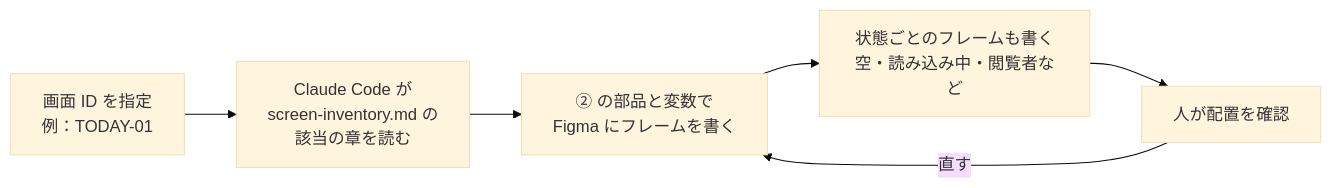
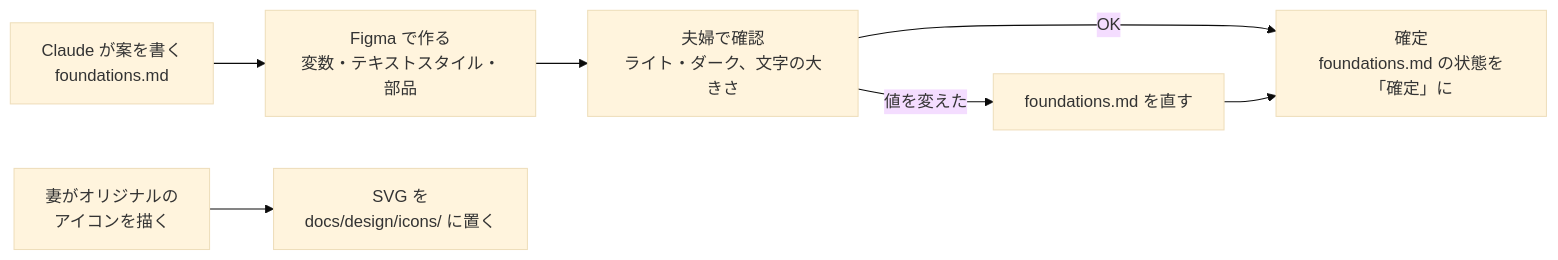
The fourth of 7 diagrams in docs/design/design-to-implementation.md (ch00z00/uchinokusa), drawn with Mermaid (base theme) before and after one commit. The commit also changed other lines of this file and 6 other files, not shown here.

First line of the commit message:
docs(design): デザインの土台（foundations）と ADR 0002・0003 を追加

````diff
--- a/docs/design/design-to-implementation.md
+++ b/docs/design/design-to-implementation.md
@@ -156,8 +146,9 @@
 ```mermaid
 flowchart LR
-    A["画面 ID を指定<br/>例：TODAY-01"] --> B["Claude Code が<br/>screen-inventory.md の<br/>該当の章を読む"]
-    B --> C["② の部品と変数で<br/>Figma にフレームを書く"]
-    C --> D["状態ごとのフレームも書く<br/>空・読み込み中・閲覧者など"]
-    D --> E["人が配置を確認"]
-    E -->|"直す"| C
+    A["Claude が案を書く<br/>foundations.md"] --> B["Figma で作る<br/>変数・テキストスタイル・部品"]
+    B --> C["夫婦で確認<br/>ライト・ダーク、文字の大きさ"]
+    C -->|"値を変えた"| D["foundations.md を直す"]
+    C -->|"OK"| E["確定<br/>foundations.md の状態を「確定」に"]
+    D --> E
+    F["妻がオリジナルの<br/>アイコンを描く"] --> G["SVG を<br/>docs/design/icons/ に置く"]
 ```
````
